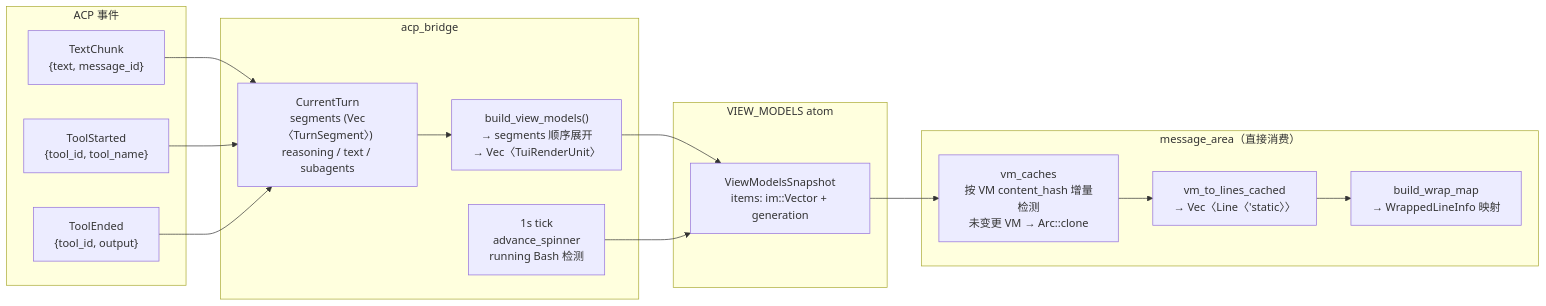
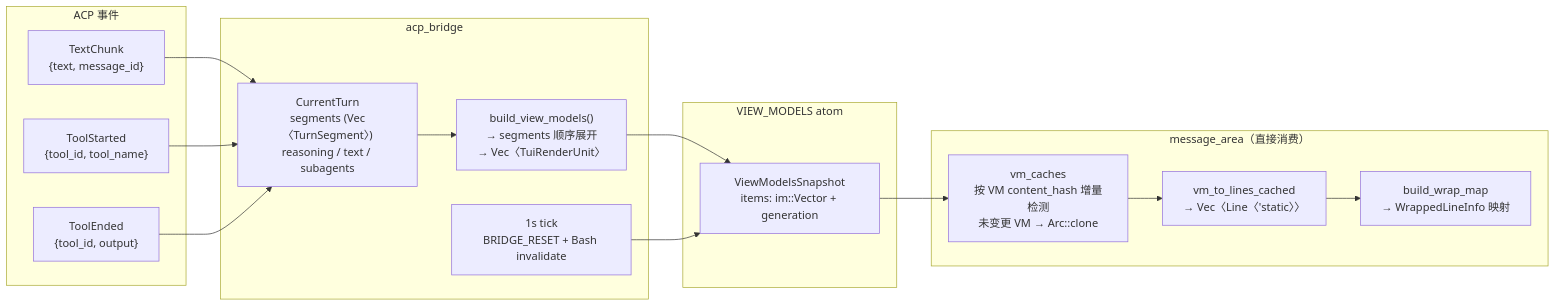
One commit to KonghaYao/peri changed the fourth of 9 diagrams in docs/design/tui-acp-data-flow.md. Above: the diagram before and after it, drawn with Mermaid. The commit also changed other lines of this file and 5 other files, not shown here.

First line of the commit message:
refactor(tui): spinner 帧推进从 acp_bridge 1s tick 解耦为 TUI 50ms 独立 tick

````diff
--- a/docs/design/tui-acp-data-flow.md
+++ b/docs/design/tui-acp-data-flow.md
@@ -366,34 +366,34 @@
 ```mermaid
 graph LR
     subgraph ACP["ACP 事件"]
         TC["TextChunk<br/>{text, message_id}"]
         TS["ToolStarted<br/>{tool_id, tool_name}"]
         TE["ToolEnded<br/>{tool_id, output}"]
     end
 
     subgraph BRIDGE["acp_bridge"]
         CT["CurrentTurn<br/>segments (Vec〈TurnSegment〉)<br/>reasoning / text / subagents"]
         BV["build_view_models()<br/>→ segments 顺序展开<br/>→ Vec〈TuiRenderUnit〉"]
-        TICK["1s tick<br/>advance_spinner<br/>running Bash 检测"]
+        TICK["1s tick<br/>BRIDGE_RESET + Bash invalidate"]
     end
 
     subgraph ATOM["VIEW_MODELS atom"]
         VM["ViewModelsSnapshot<br/>items: im::Vector + generation"]
     end
 
     subgraph MSG["message_area（直接消费）"]
         CACHE["vm_caches<br/>按 VM content_hash 增量检测<br/>未变更 VM → Arc::clone"]
         LINES["vm_to_lines_cached<br/>→ Vec〈Line〈'static〉〉"]
         WRAP["build_wrap_map<br/>→ WrappedLineInfo 映射"]
     end
 
     TC --> CT
     TS --> CT
     TE --> CT
     CT --> BV
     BV --> VM
     TICK --> VM
     VM --> CACHE
     CACHE --> LINES
     LINES --> WRAP
 ```
````
